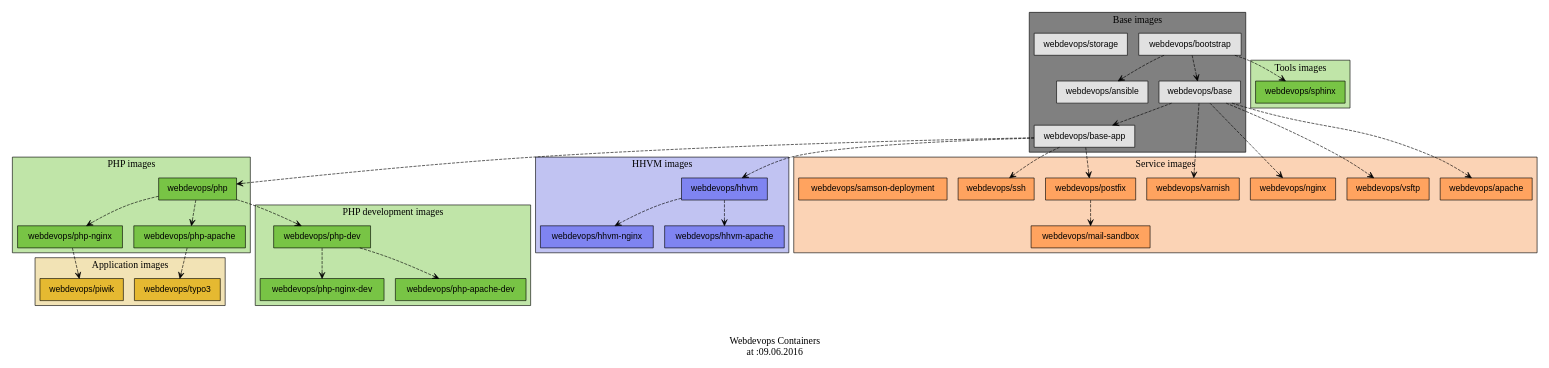
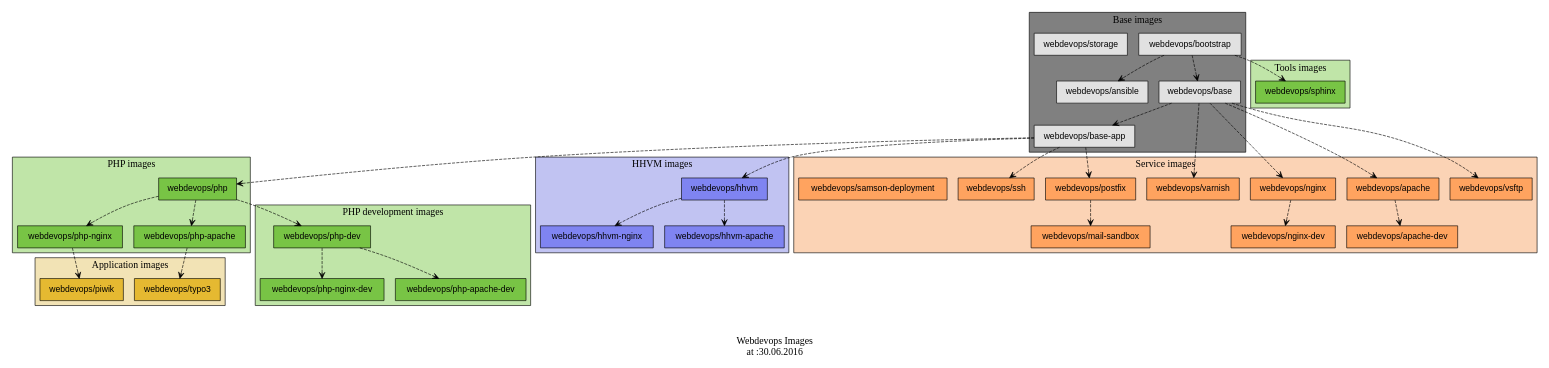
One commit to webdevops/Dockerfile changed the diagram in documentation/docs/resources/images/docker-image-layout.gv. Above: the diagram before and after it, drawn with Graphviz. The commit also changed 2 other files, not shown here.

Commit message:
:ambulance: Fix docker graph
Add apache-dev and nginx-dev to the "Service images" group

```diff
--- a/documentation/docs/resources/images/docker-image-layout.gv
+++ b/documentation/docs/resources/images/docker-image-layout.gv
@@ -1,78 +1,80 @@
 digraph webdevops {
 	graph [bgcolor=white fontcolor=black fontsize=16 rankdir=TP]
 	node [color=white fillcolor="#E1E1E1" fontcolor=black fontname=Helvetica shape=box style=filled]
 	edge [arrowhead=open color=black fontcolor=white fontname=Courier fontsize=12 style=dashed]
-	label = "\n\nWebdevops Containers\n at :09.06.2016"
+	label = "\n\nWebdevops Images\n at :30.06.2016"
 		subgraph cluster_php {
 			graph [fillcolor="#c0e5a8" style=filled]
 			node [color=black fillcolor="#78c445" fontcolor=black fontname=Helvetica shape=box style=filled]
 			label = "PHP images"
 					"webdevops/php" -> "webdevops/php-nginx"
 				"webdevops/php"
 					"webdevops/php" -> "webdevops/php-apache"
 		}
 		subgraph cluster_service {
 			graph [fillcolor="#fbd3b5" style=filled]
 			node [color=black fillcolor="#ffa35f" fontcolor=black fontname=Helvetica shape=box style=filled]
 			label = "Service images"
 				"webdevops/varnish"
 				"webdevops/nginx"
+					"webdevops/nginx" -> "webdevops/nginx-dev"
 				"webdevops/ssh"
 					"webdevops/postfix" -> "webdevops/mail-sandbox"
+				"webdevops/apache"
 				"webdevops/vsftp"
-				"webdevops/apache"
 				"webdevops/samson-deployment"
+					"webdevops/apache" -> "webdevops/apache-dev"
 				"webdevops/postfix"
 		}
 		subgraph cluster_application {
 			graph [fillcolor="#f2e3b5" style=filled]
 			node [color=black fillcolor="#e5b931" fontcolor=black fontname=Helvetica shape=box style=filled]
 			label = "Application images"
 				"webdevops/typo3"
 				"webdevops/piwik"
 		}
 		subgraph cluster_common {
 			graph [fillcolor=gray style=filled]
 			node [color=black fillcolor="#e1e1e1" fontcolor=black fontname=Helvetica shape=box style=filled]
 			label = "Base images"
 					"webdevops/bootstrap" -> "webdevops/ansible"
 				"webdevops/storage"
 					"webdevops/base" -> "webdevops/base-app"
 				"webdevops/bootstrap"
 					"webdevops/bootstrap" -> "webdevops/base"
 		}
 		subgraph cluster_hhvm {
 			graph [fillcolor="#c1c3f2" style=filled]
 			node [color=black fillcolor="#7f84f1" fontcolor=black fontname=Helvetica shape=box style=filled]
 			label = "HHVM images"
-				"webdevops/hhvm"
 					"webdevops/hhvm" -> "webdevops/hhvm-nginx"
 					"webdevops/hhvm" -> "webdevops/hhvm-apache"
+				"webdevops/hhvm"
 		}
 		subgraph cluster_tools {
 			graph [fillcolor="#c0e5a8" style=filled]
 			node [color=black fillcolor="#78c445" fontcolor=black fontname=Helvetica shape=box style=filled]
 			label = "Tools images"
 				"webdevops/sphinx"
 		}
 		subgraph "cluster_php-dev" {
 			graph [fillcolor="#c0e5a8" style=filled]
 			node [color=black fillcolor="#78c445" fontcolor=black fontname=Helvetica shape=box style=filled]
 			label = "PHP development images"
 					"webdevops/php-dev" -> "webdevops/php-nginx-dev"
 					"webdevops/php-dev" -> "webdevops/php-apache-dev"
 				"webdevops/php-dev"
 		}
 			"webdevops/base-app" -> "webdevops/php"
 			"webdevops/php-apache" -> "webdevops/typo3"
 			"webdevops/base-app" -> "webdevops/ssh"
 			"webdevops/base-app" -> "webdevops/postfix"
+			"webdevops/base" -> "webdevops/vsftp"
+			"webdevops/base" -> "webdevops/nginx"
 			"webdevops/base" -> "webdevops/apache"
-			"webdevops/base" -> "webdevops/nginx"
-			"webdevops/base" -> "webdevops/vsftp"
 			"webdevops/base-app" -> "webdevops/hhvm"
 			"webdevops/bootstrap" -> "webdevops/sphinx"
 			"webdevops/php-nginx" -> "webdevops/piwik"
 			"webdevops/base" -> "webdevops/varnish"
 			"webdevops/php" -> "webdevops/php-dev"
 }
```
